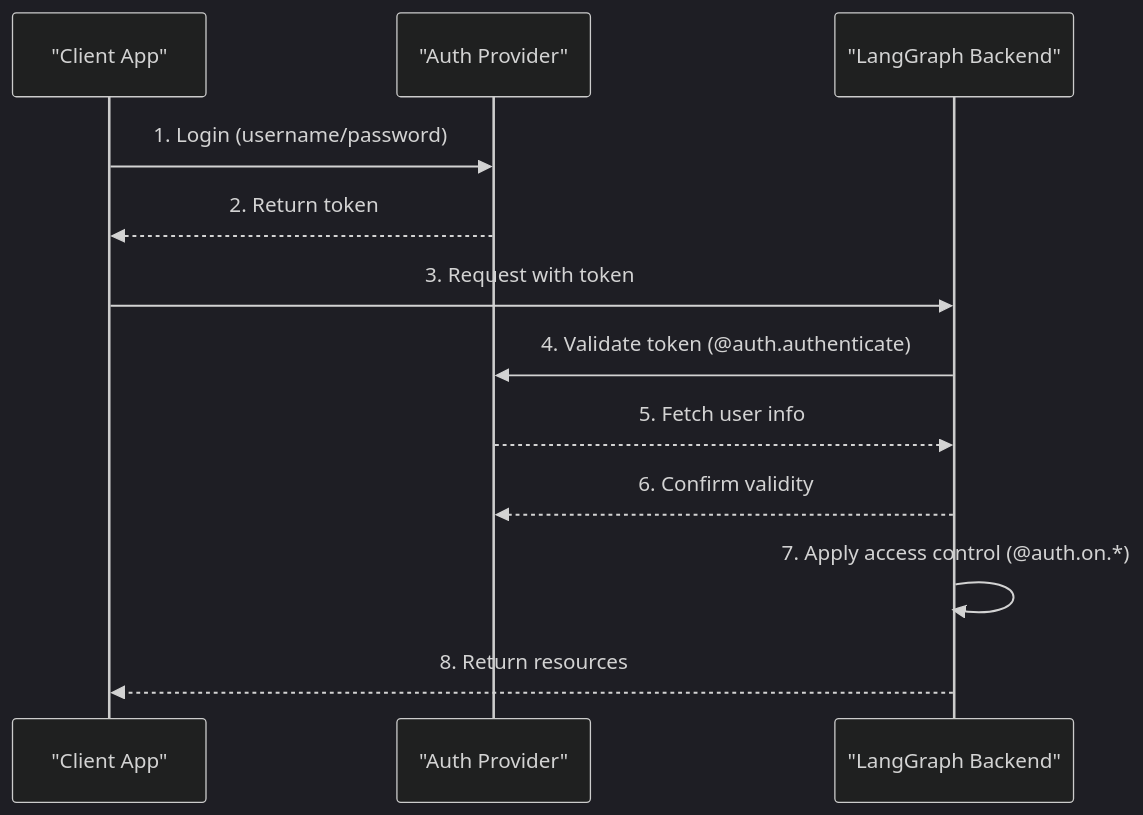
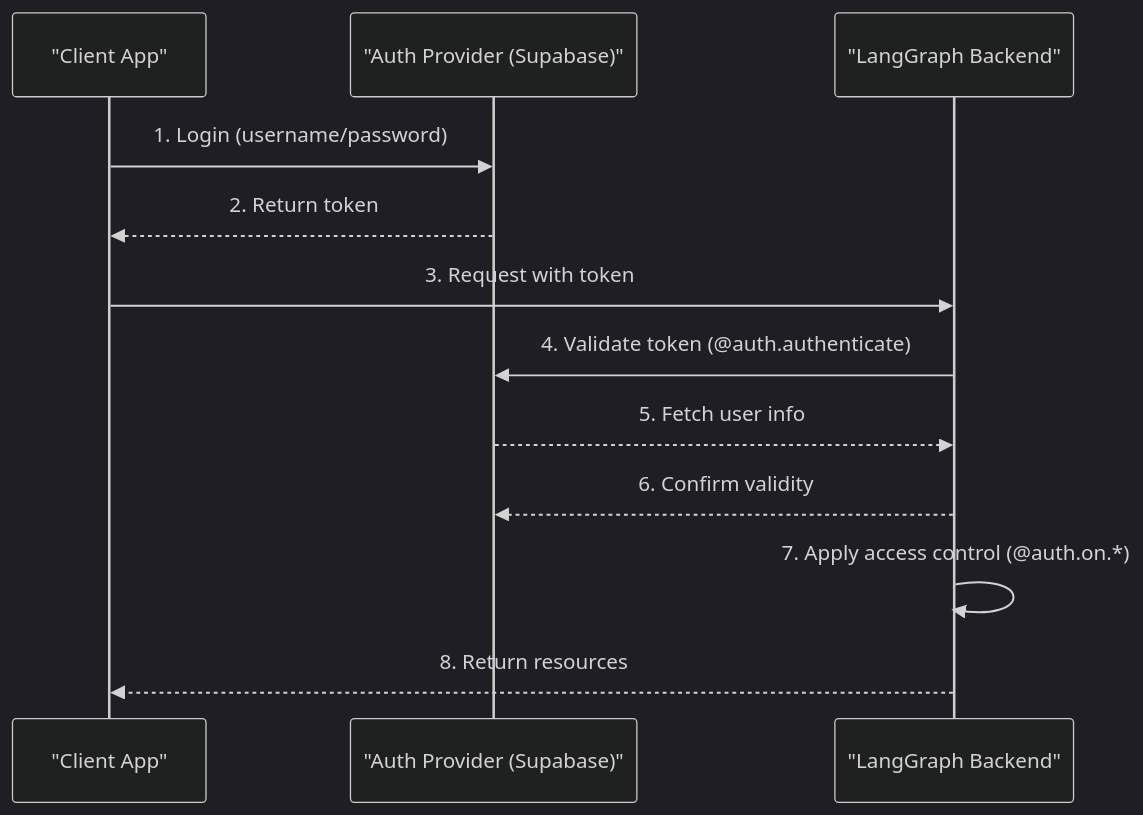
Before and after one commit to loaizasteven/ProximaAI: the diagram in src/proximaai/auth/README.md, drawn with Mermaid (dark theme).

````diff
--- a/src/proximaai/auth/README.md
+++ b/src/proximaai/auth/README.md
@@ -3,14 +3,14 @@
 ```mermaid
 sequenceDiagram
     participant CA as "Client App"
-    participant AP as "Auth Provider"
+    participant AP as "Auth Provider (Supabase)"
     participant LB as "LangGraph Backend"
     CA->>AP: 1. Login (username/password)
     AP-->>CA: 2. Return token
     CA->>LB: 3. Request with token
     LB->>AP: 4. Validate token (@auth.authenticate)
     AP-->>LB: 5. Fetch user info
     LB-->>AP: 6. Confirm validity
     LB->>LB: 7. Apply access control (@auth.on.*)
     LB-->>CA: 8. Return resources
 ```
````
